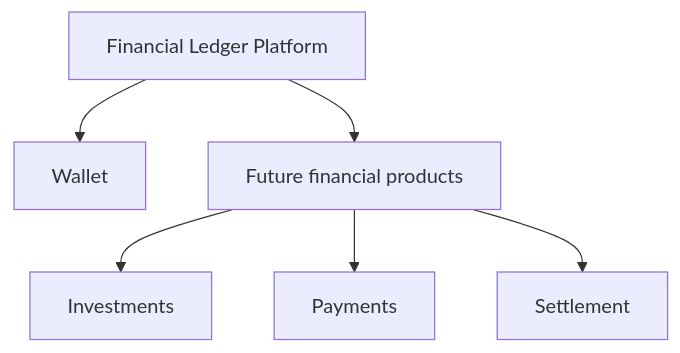
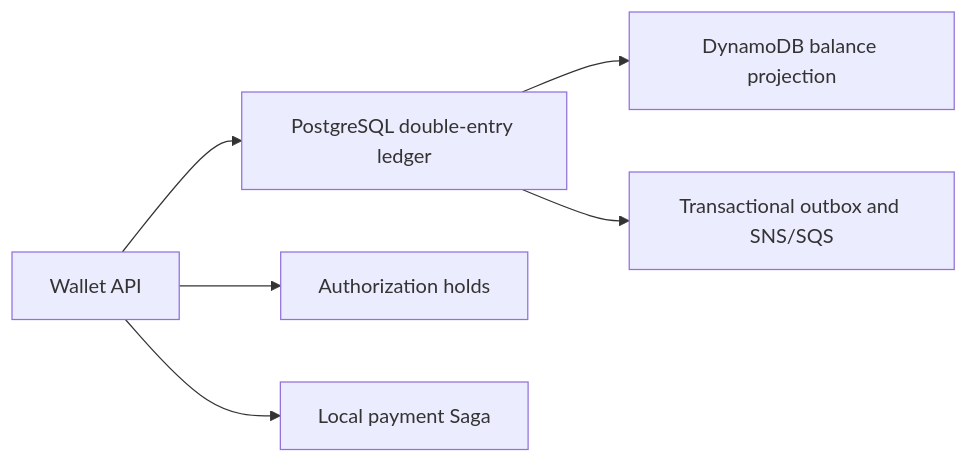
The diagram in docs/01-product/vision.md (saulo-duarte/distributed-wallet-ledger), drawn with Mermaid before and after one commit. The commit also changed other lines of this file and 13 other files, not shown here.

Commit message:
docs: align README and architecture documentation

````diff
--- a/docs/01-product/vision.md
+++ b/docs/01-product/vision.md
@@ -15,8 +17,8 @@
 ```mermaid
-flowchart TD
-    Platform[Financial Ledger Platform] --> Wallet
-    Platform --> Future[Future financial products]
-    Future --> Investments
-    Future --> Payments
-    Future --> Settlement
+flowchart LR
+    Wallet[Wallet API] --> Ledger[PostgreSQL double-entry ledger]
+    Wallet --> Holds[Authorization holds]
+    Wallet --> Checkout[Local payment Saga]
+    Ledger --> Projection[DynamoDB balance projection]
+    Ledger --> Events[Transactional outbox and SNS/SQS]
 ```
````
